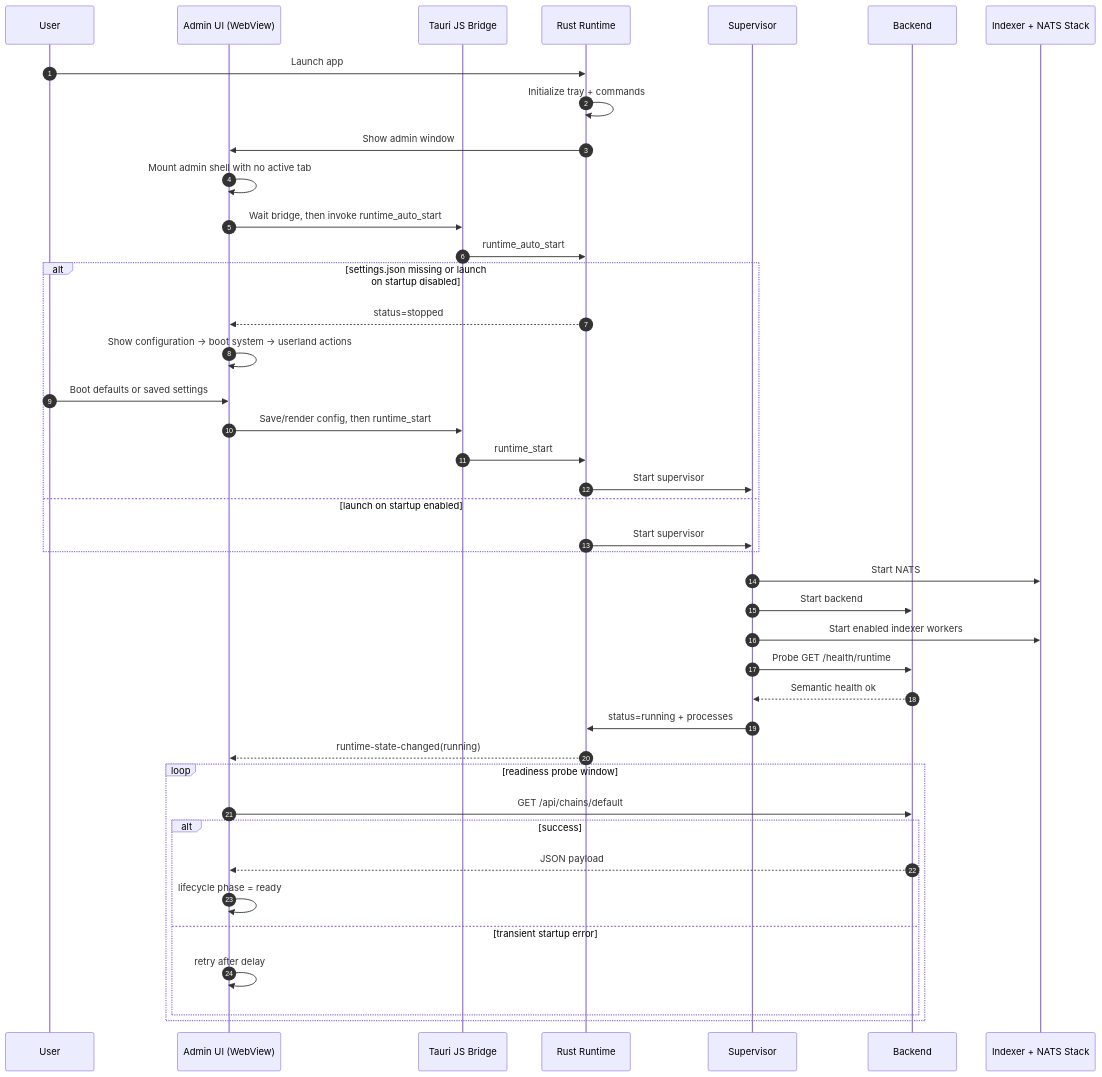
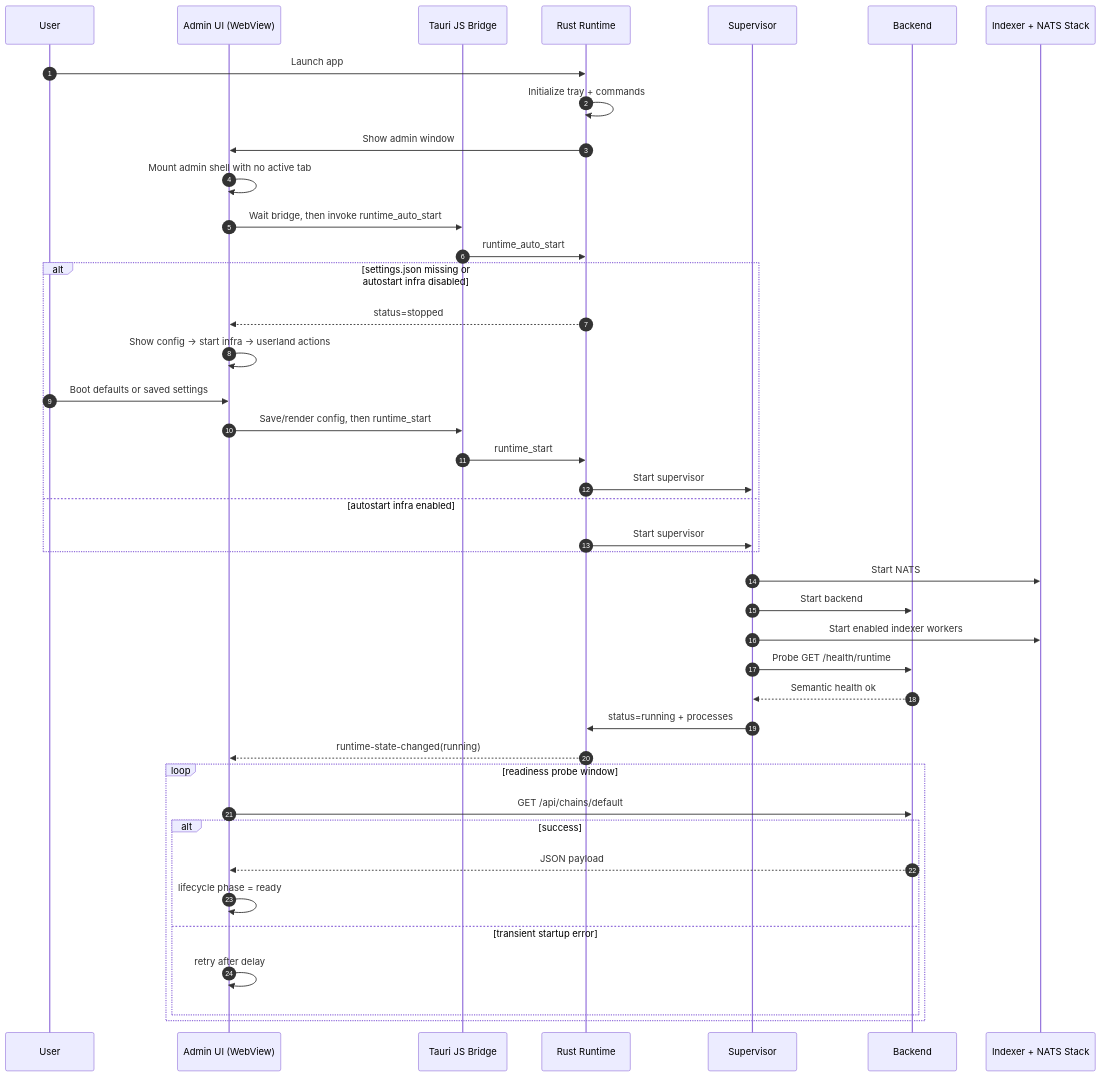
Before and after one commit to d347h-eth/artgod: the diagram in docs/diagrams/01-desktop-startup-happy-path.md, drawn with Mermaid. The commit also changed 2 other files, not shown here.

Commit message:
Update admin startup flow docs

````diff
--- a/docs/diagrams/01-desktop-startup-happy-path.md
+++ b/docs/diagrams/01-desktop-startup-happy-path.md
@@ -5,47 +5,47 @@
 ```mermaid
 sequenceDiagram
     autonumber
     participant U as User
     participant A as Admin UI (WebView)
     participant T as Tauri JS Bridge
     participant R as Rust Runtime
     participant S as Supervisor
     participant B as Backend
     participant W as Indexer + NATS Stack
 
     U->>R: Launch app
     R->>R: Initialize tray + commands
     R->>A: Show admin window
     A->>A: Mount admin shell with no active tab
 
     A->>T: Wait bridge, then invoke runtime_auto_start
     T->>R: runtime_auto_start
-    alt settings.json missing or launch on startup disabled
+    alt settings.json missing or autostart infra disabled
         R-->>A: status=stopped
-        A->>A: Show configuration -> boot system -> userland actions
+        A->>A: Show config -> start infra -> userland actions
         U->>A: Boot defaults or saved settings
         A->>T: Save/render config, then runtime_start
         T->>R: runtime_start
         R->>S: Start supervisor
-    else launch on startup enabled
+    else autostart infra enabled
         R->>S: Start supervisor
     end
 
     S->>W: Start NATS
     S->>B: Start backend
     S->>W: Start enabled indexer workers
     S->>B: Probe GET /health/runtime
     B-->>S: Semantic health ok
     S->>R: status=running + processes
     R-->>A: runtime-state-changed(running)
 
     loop readiness probe window
         A->>B: GET /api/chains/default
         alt success
             B-->>A: JSON payload
             A->>A: lifecycle phase = ready
         else transient startup error
             A->>A: retry after delay
         end
     end
 ```
````
